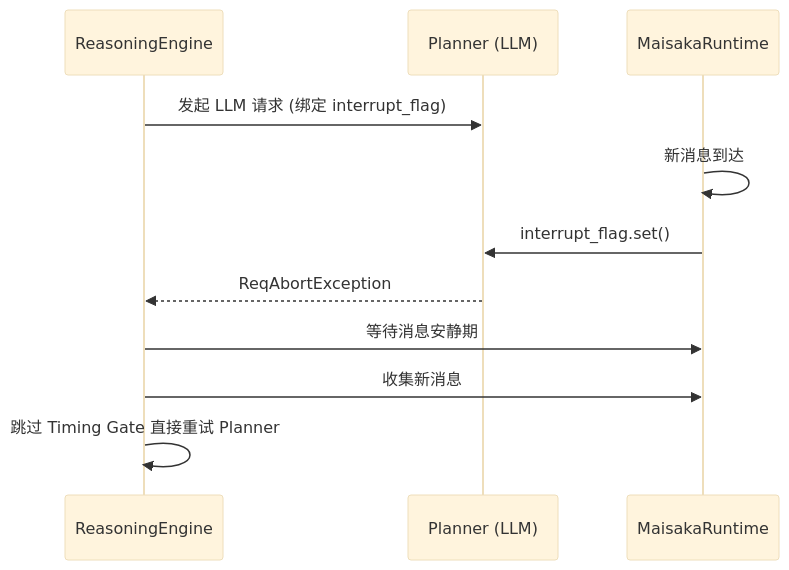
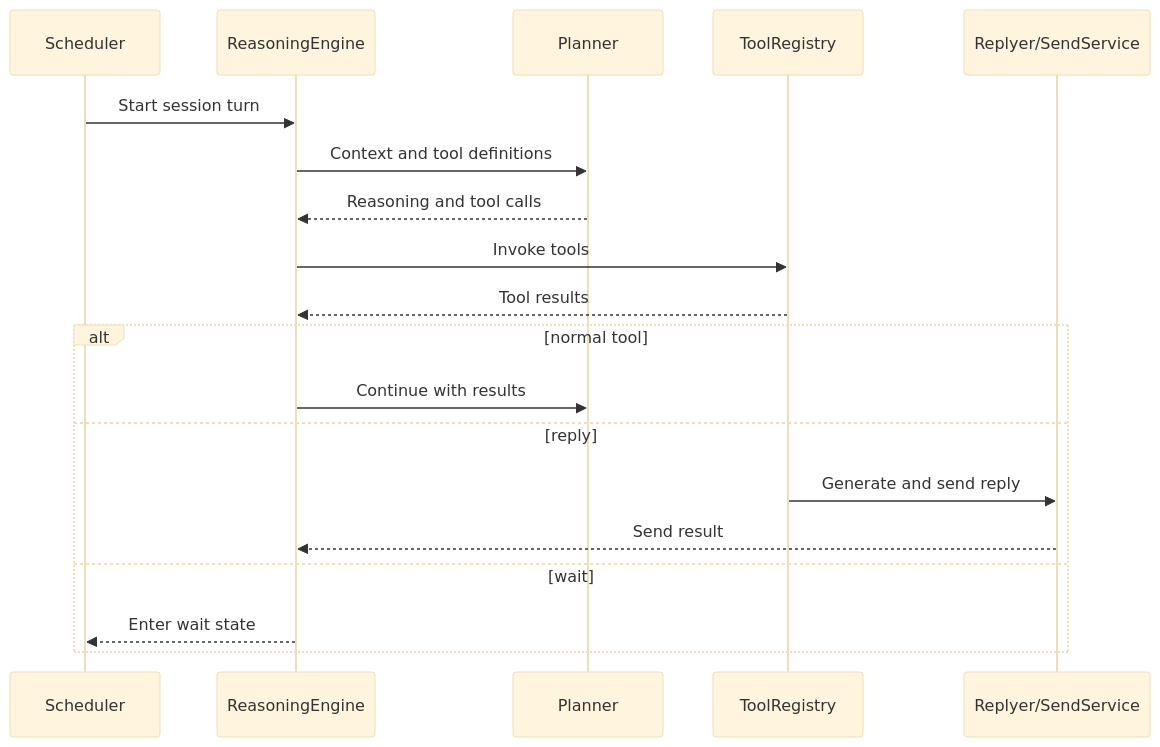
The second of 2 diagrams in en/develop/architecture/maisaka-reasoning.md (DrSmoothl/docs), drawn with Mermaid (base theme) before and after one commit. The commit also changed other lines of this file and 46 other files, not shown here.

````diff
--- a/en/develop/architecture/maisaka-reasoning.md
+++ b/en/develop/architecture/maisaka-reasoning.md
@@ -208,14 +57,22 @@
 ```mermaid
 sequenceDiagram
+    participant S as Scheduler
     participant R as ReasoningEngine
-    participant P as Planner (LLM)
-    participant M as MaisakaRuntime
+    participant P as Planner
+    participant T as ToolRegistry
+    participant X as Replyer/SendService
 
-    R->>P: 发起 LLM 请求 (绑定 interrupt_flag)
-    M->>M: 新消息到达
-    M->>P: interrupt_flag.set()
-    P-->>R: ReqAbortException
-    R->>M: 等待消息安静期
-    R->>M: 收集新消息
-    R->>R: 跳过 Timing Gate 直接重试 Planner
+    S->>R: Start session turn
+    R->>P: Context and tool definitions
+    P-->>R: Reasoning and tool calls
+    R->>T: Invoke tools
+    T-->>R: Tool results
+    alt normal tool
+        R->>P: Continue with results
+    else reply
+        T->>X: Generate and send reply
+        X-->>R: Send result
+    else wait
+        R-->>S: Enter wait state
+    end
 ```
````
